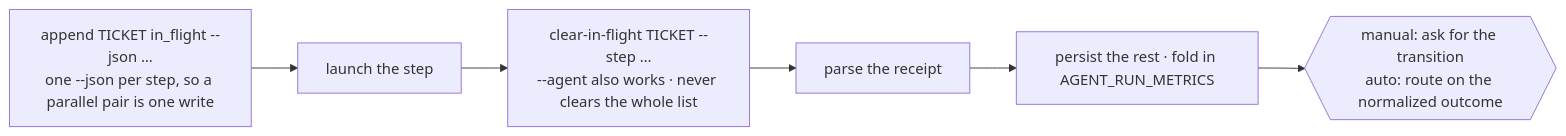
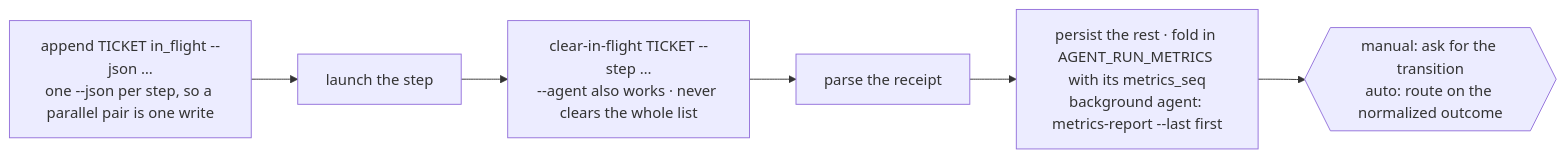
One commit to dneprokos/suvore-qa-confa-test-automation changed the third of 3 diagrams in .claude/skills/qa-workflow/references/workflow-map.md. Above: the diagram before and after it, drawn with Mermaid. The commit also changed 14 other files, not shown here.

````diff
--- a/.claude/skills/qa-workflow/references/workflow-map.md
+++ b/.claude/skills/qa-workflow/references/workflow-map.md
@@ -160,8 +160,8 @@
 ```mermaid
 flowchart LR
     W1["append TICKET in_flight --json …<br/>one --json per step, so a parallel pair is one write"] --> L["launch the step"]
     L --> W2["clear-in-flight TICKET --step …<br/>--agent also works · never clears the whole list"]
     W2 --> PARSE["parse the receipt"]
-    PARSE --> W3["persist the rest · fold in AGENT_RUN_METRICS"]
+    PARSE --> W3["persist the rest · fold in AGENT_RUN_METRICS with its metrics_seq<br/>background agent: metrics-report --last first"]
     W3 --> Q{{"manual: ask for the transition<br/>auto: route on the normalized outcome"}}
 ```
````
